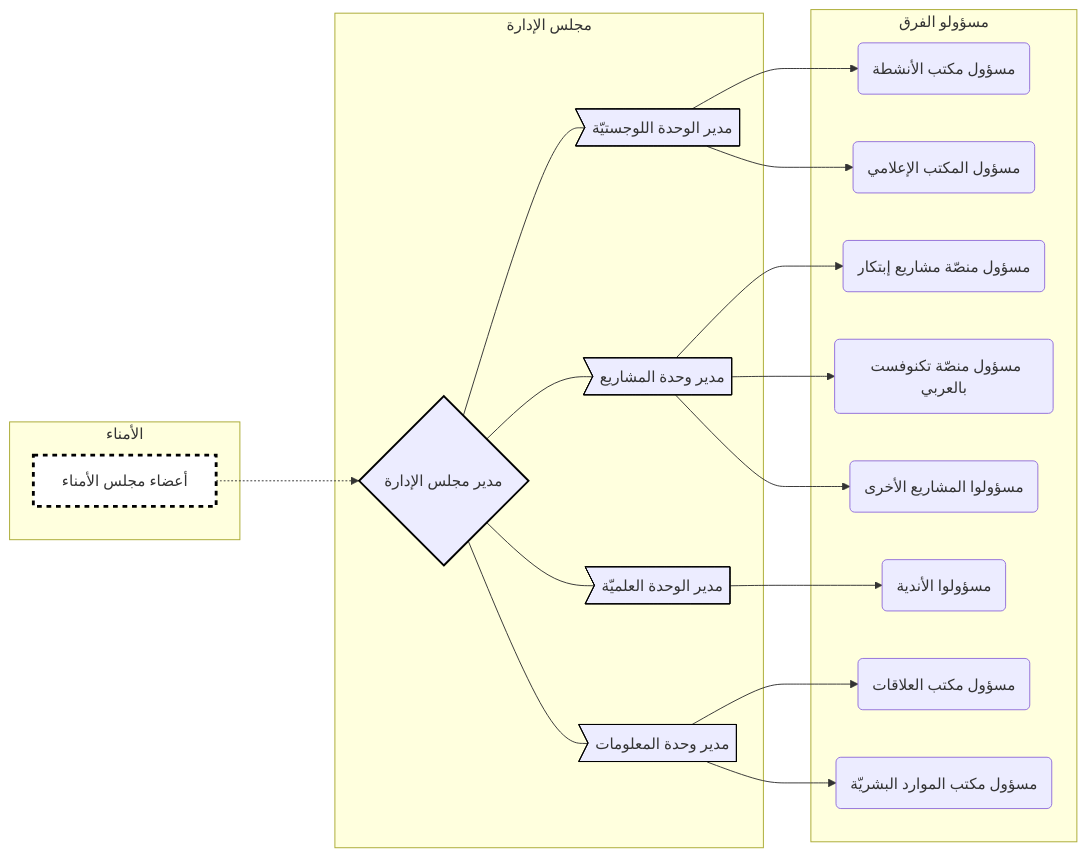
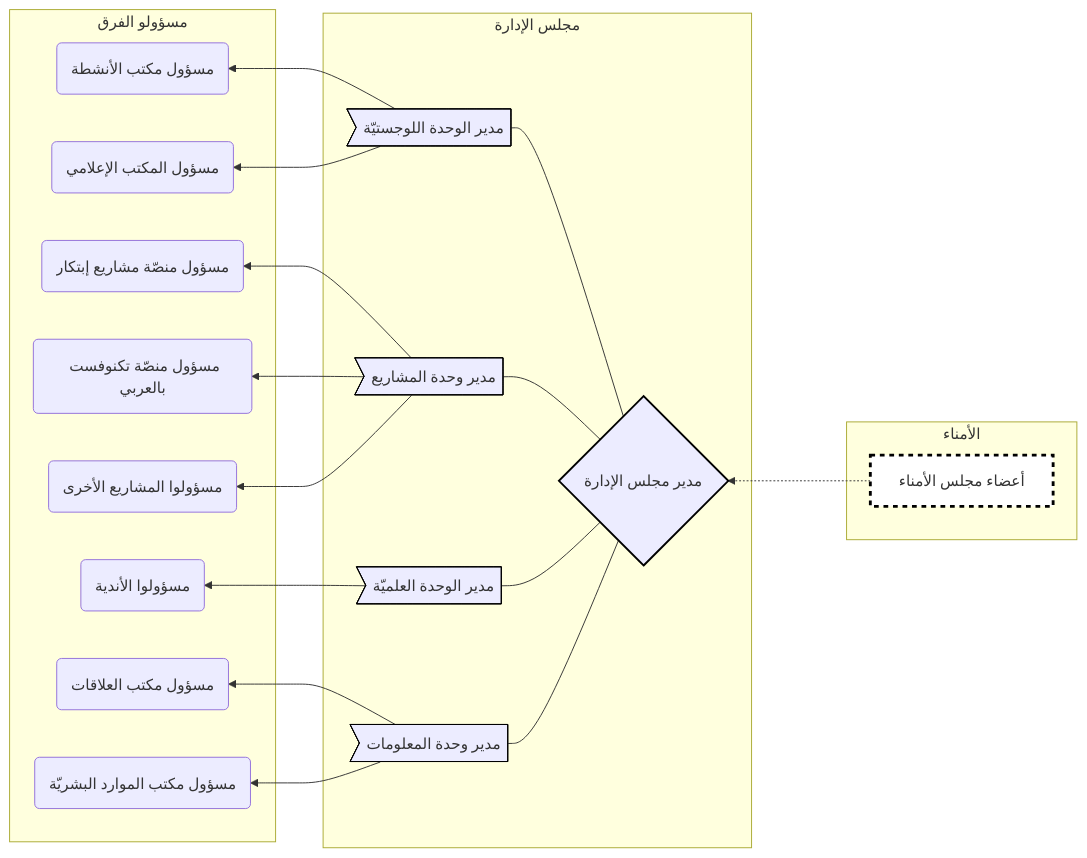
The second of 2 diagrams in README22.md (cankanalbir/system1), drawn with Mermaid before and after one commit. The commit also changed other lines of this file, not shown here.

````diff
--- a/README22.md
+++ b/README22.md
@@ -127,37 +130,37 @@
 ``` mermaid
-flowchart LR
+flowchart RL
 
 subgraph 0 [الأمناء]
 BOT[أعضاء مجلس الأمناء]
 end
 
 BOT -..-> BOD{مدير مجلس الإدارة}
 style BOT fill:white,stroke:black,stroke-width:3px,stroke-dasharray: 5 5
 style BOD stroke:black,stroke-width:2px
 
 subgraph 1 [مجلس الإدارة]
 BOD --- scientific>مدير الوحدة العلميّة]
 BOD --- projects>مدير وحدة المشاريع]
 BOD --- logistics>مدير الوحدة اللوجستيّة]
 BOD --- information>مدير وحدة المعلومات]
 end
 
 style scientific stroke:black
 style projects stroke:black
 style logistics stroke:black
 style information stroke:black
 
 subgraph 2 [مسؤولو الفرق]
 logistics --> l1(مسؤول مكتب الأنشطة)
 logistics --> l2(مسؤول المكتب الإعلامي)
 
 projects --> p1(مسؤول منصّة مشاريع إبتكار)
 projects --> p3(مسؤول منصّة تكنوفست بالعربي)
 projects --> p2(مسؤولوا المشاريع الأخرى)
 
 scientific --> s1(مسؤولوا الأندية)
 
 information --> i1(مسؤول مكتب العلاقات)
 information --> i2(مسؤول مكتب الموارد البشريّة)
 end
 ```
````
